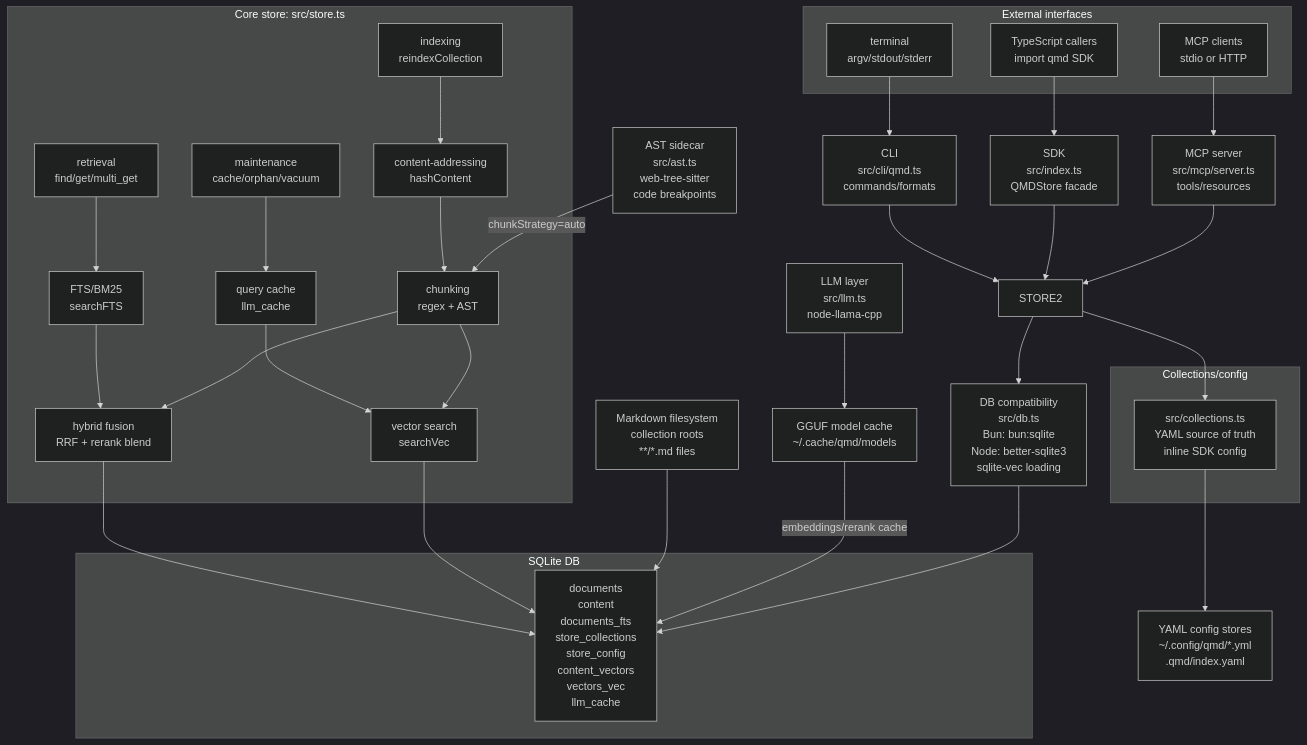
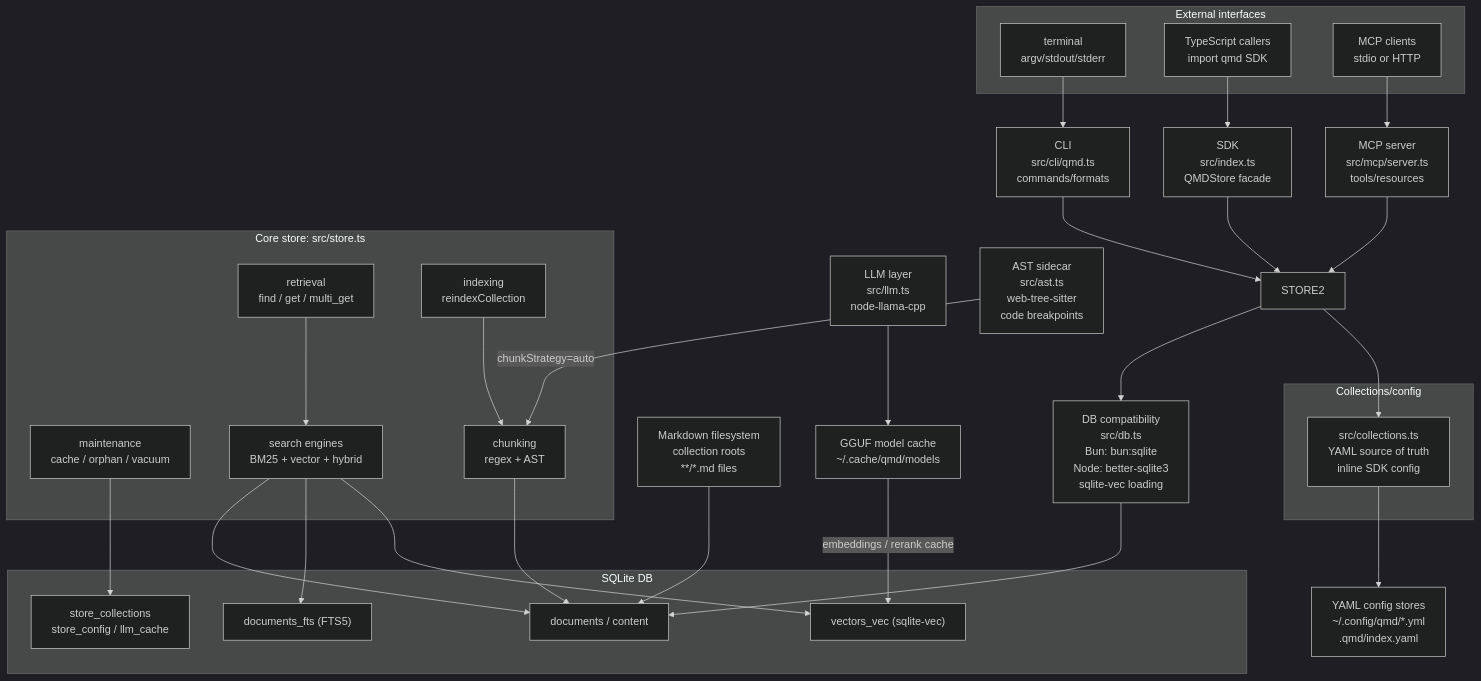
The first of 3 diagrams in docs/experiments/001-understanding-codebase/workers/synthesizer/output/architecture.md (sagarsrc/qmd-fork), drawn with Mermaid (dark theme) before and after one commit. The commit also changed 4 other files, not shown here.

First line of the commit message:
docs: clean up messy mermaid diagrams

````diff
--- a/docs/experiments/001-understanding-codebase/workers/synthesizer/output/architecture.md
+++ b/docs/experiments/001-understanding-codebase/workers/synthesizer/output/architecture.md
@@ -5,70 +5,63 @@
 ```mermaid
 graph TD
     subgraph ExternalInterfaces["External interfaces"]
         TERM["terminal<br/>argv/stdout/stderr"]
         TS["TypeScript callers<br/>import qmd SDK"]
         MCP_CLI["MCP clients<br/>stdio or HTTP"]
     end
 
     CLI["CLI<br/>src/cli/qmd.ts<br/>commands/formats"]
     SDK2["SDK<br/>src/index.ts<br/>QMDStore facade"]
     MCP_SRV["MCP server<br/>src/mcp/server.ts<br/>tools/resources"]
 
     TERM --> CLI
     TS --> SDK2
     MCP_CLI --> MCP_SRV
 
     CLI --> STORE2
     SDK2 --> STORE2
     MCP_SRV --> STORE2
 
     subgraph CoreStore["Core store: src/store.ts"]
-        RET["retrieval<br/>find/get/multi_get"]
+        RET["retrieval<br/>find / get / multi_get"]
         IDX["indexing<br/>reindexCollection"]
-        MAINT2["maintenance<br/>cache/orphan/vacuum"]
+        MAINT2["maintenance<br/>cache / orphan / vacuum"]
 
-        FTS2["FTS/BM25<br/>searchFTS"]
-        CA["content-addressing<br/>hashContent"]
-        QC["query cache<br/>llm_cache"]
-
-        HF["hybrid fusion<br/>RRF + rerank blend"]
+        SEARCH["search engines<br/>BM25 + vector + hybrid"]
         CHUNK["chunking<br/>regex + AST"]
-        VS["vector search<br/>searchVec"]
-
-        RET --> FTS2
-        IDX --> CA
-        MAINT2 --> QC
-
-        FTS2 --> HF
-        CA --> CHUNK
-        QC --> VS
-
-        CHUNK --> HF
-        CHUNK --> VS
     end
 
-    HF --> SQLITE2
-    VS --> SQLITE2
+    RET --> SEARCH
+    IDX --> CHUNK
 
     subgraph SQLiteDB["SQLite DB"]
-        SQLITE2["documents<br/>content<br/>documents_fts<br/>store_collections<br/>store_config<br/>content_vectors<br/>vectors_vec<br/>llm_cache"]
+        DOCS["documents / content"]
+        FTS["documents_fts (FTS5)"]
+        VEC["vectors_vec (sqlite-vec)"]
+        META["store_collections<br/>store_config / llm_cache"]
     end
 
-    MD["Markdown filesystem<br/>collection roots<br/>**/*.md files"] --> SQLITE2
+    SEARCH --> DOCS
+    SEARCH --> FTS
+    SEARCH --> VEC
+    CHUNK --> DOCS
+    MAINT2 --> META
+
+    MD["Markdown filesystem<br/>collection roots<br/>**/*.md files"] --> DOCS
 
     LLM2["LLM layer<br/>src/llm.ts<br/>node-llama-cpp"] --> GGUF2["GGUF model cache<br/>~/.cache/qmd/models"]
-    GGUF2 -->|embeddings/rerank cache| SQLITE2
+    GGUF2 -->|embeddings / rerank cache| VEC
 
-    DB_COMPAT2["DB compatibility<br/>src/db.ts<br/>Bun: bun:sqlite<br/>Node: better-sqlite3<br/>sqlite-vec loading"] --> SQLITE2
+    DB_COMPAT2["DB compatibility<br/>src/db.ts<br/>Bun: bun:sqlite<br/>Node: better-sqlite3<br/>sqlite-vec loading"] --> DOCS
 
     STORE2 --> DB_COMPAT2
     STORE2 --> COLL3
 
     subgraph CollectionsConfig["Collections/config"]
         COLL3["src/collections.ts<br/>YAML source of truth<br/>inline SDK config"]
     end
 
     COLL3 --> YAML2["YAML config stores<br/>~/.config/qmd/*.yml<br/>.qmd/index.yaml"]
 
     AST3["AST sidecar<br/>src/ast.ts<br/>web-tree-sitter<br/>code breakpoints"] -->|chunkStrategy=auto| CHUNK
 ```
````
